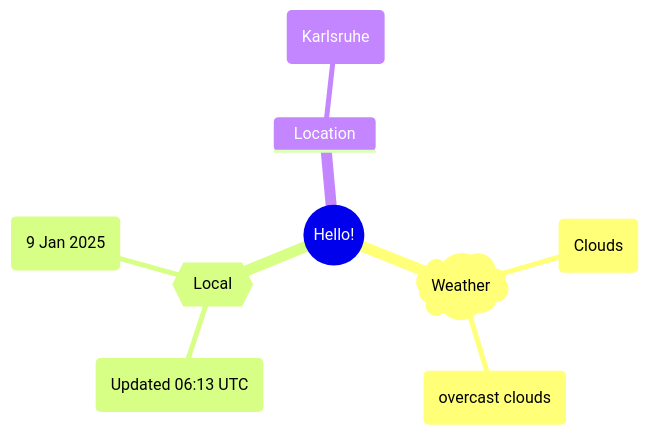
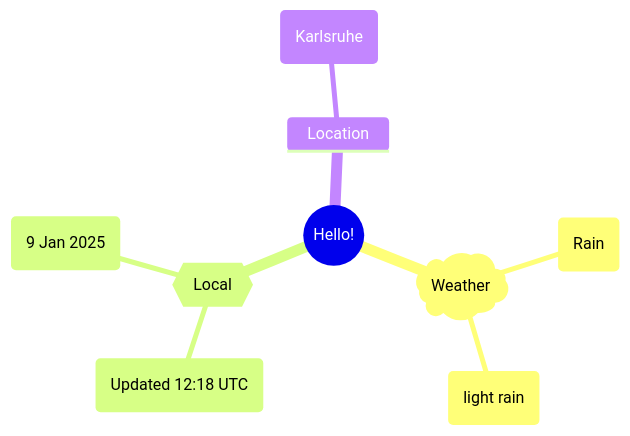
One commit to Xosrov/Xosrov changed the first of 2 diagrams in README.md. Above: the diagram before and after it, drawn with Mermaid.

Commit message:
[bot] updated images

````diff
--- a/README.md
+++ b/README.md
@@ -3,12 +3,12 @@
 ```mermaid
 mindmap
   root((Hello!))
     )Weather(
-        (Clouds)
-        (overcast clouds)
+        (Rain)
+        (light rain)
     {{Local}}
-        (Updated 06:13 UTC)
+        (Updated 12:18 UTC)
         (9 Jan 2025)
     Location
         (Karlsruhe)
 ```
````
